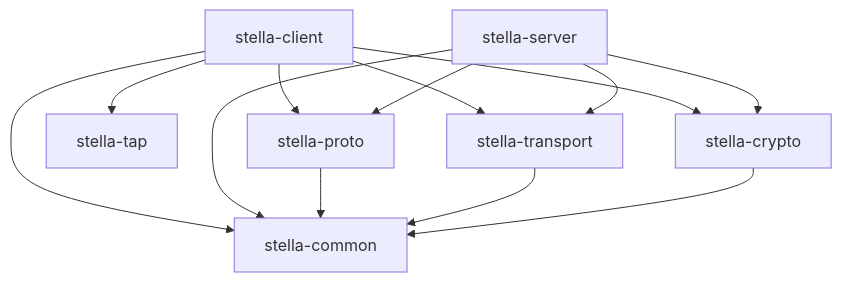
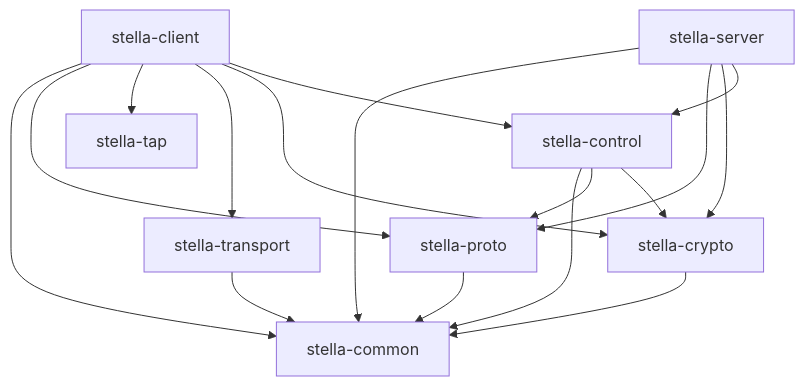
The diagram in docs/development/architecture.md (GT-610/stella), drawn with Mermaid before and after one commit. The commit also changed other lines of this file and 10 other files, not shown here.

````diff
--- a/docs/development/architecture.md
+++ b/docs/development/architecture.md
@@ -9,15 +9,19 @@
 ```mermaid
 flowchart TD
     Client[stella-client] --> Common[stella-common]
     Client --> Proto[stella-proto]
     Client --> Tap[stella-tap]
     Client --> Transport[stella-transport]
     Client --> Crypto[stella-crypto]
+    Client --> Control[stella-control]
     Server[stella-server] --> Common
     Server --> Proto
-    Server --> Transport
     Server --> Crypto
+    Server --> Control
+    Control --> Common
+    Control --> Proto
+    Control --> Crypto
     Proto --> Common
     Transport --> Common
     Crypto --> Common
 ```
````
